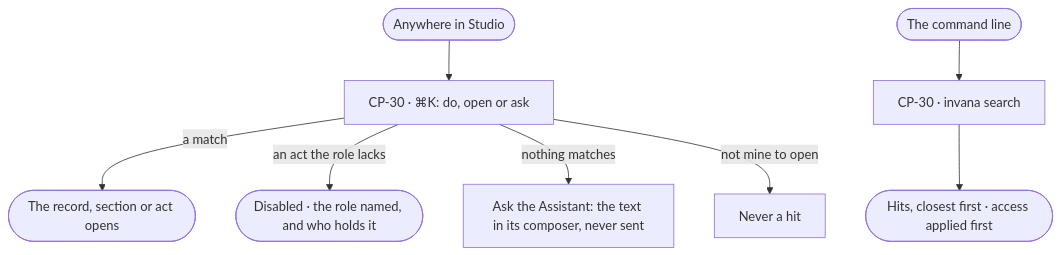
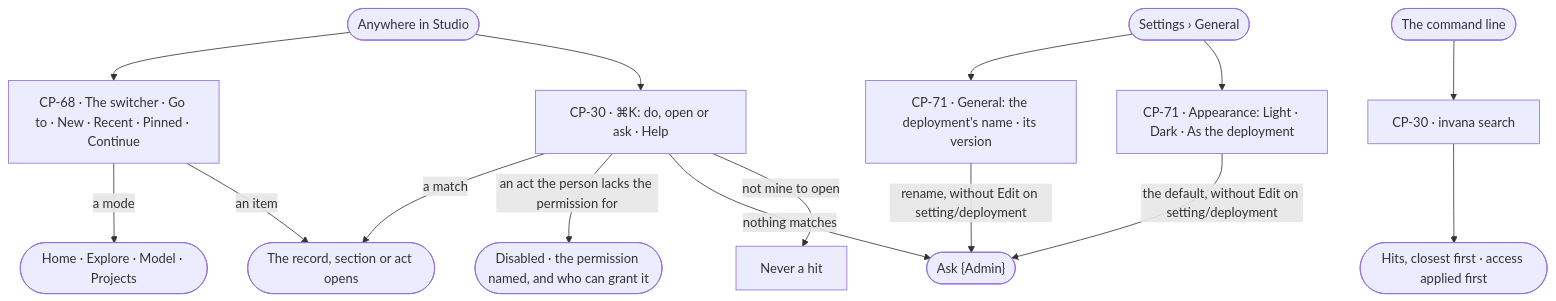
One commit to invana/invana changed the diagram in specs/os/control/features/CP-F07-find-your-way/feature.md. Above: the diagram before and after it, drawn with Mermaid. The commit also changed other lines of this file and 456 other files, not shown here.

````diff
--- a/specs/os/control/features/CP-F07-find-your-way/feature.md
+++ b/specs/os/control/features/CP-F07-find-your-way/feature.md
@@ -24,10 +26,17 @@
 ```mermaid
 flowchart TD
-  s([Anywhere in Studio]) --> k["CP-30 · ⌘K: do, open or ask"]
+  s([Anywhere in Studio]) --> sw["CP-68 · The switcher · Go to · New · Recent · Pinned · Continue"]
+  sw -->|a mode| m(["Home · Explore · Model · Projects"])
+  sw -->|an item| open
+  s --> k["CP-30 · ⌘K: do, open or ask · Help"]
   k -->|a match| open(["The record, section or act opens"])
-  k -->|an act the role lacks| dis(["Disabled · the role named, and who holds it"])
+  k -->|an act the person lacks the permission for| dis(["Disabled · the permission named, and who can grant it"])
   k -->|nothing matches| ask["Ask the Assistant: the text in its composer, never sent"]
   k -->|not mine to open| hid["Never a hit"]
   c([The command line]) --> se["CP-30 · invana search"]
   se --> hits(["Hits, closest first · access applied first"])
+  st([Settings › General]) --> gen["CP-71 · General: the deployment's name · its version"]
+  st --> app["CP-71 · Appearance: Light · Dark · As the deployment"]
+  gen -->|rename, without Edit on setting/deployment| ask(["Ask {Admin}"])
+  app -->|the default, without Edit on setting/deployment| ask
 ```
````
